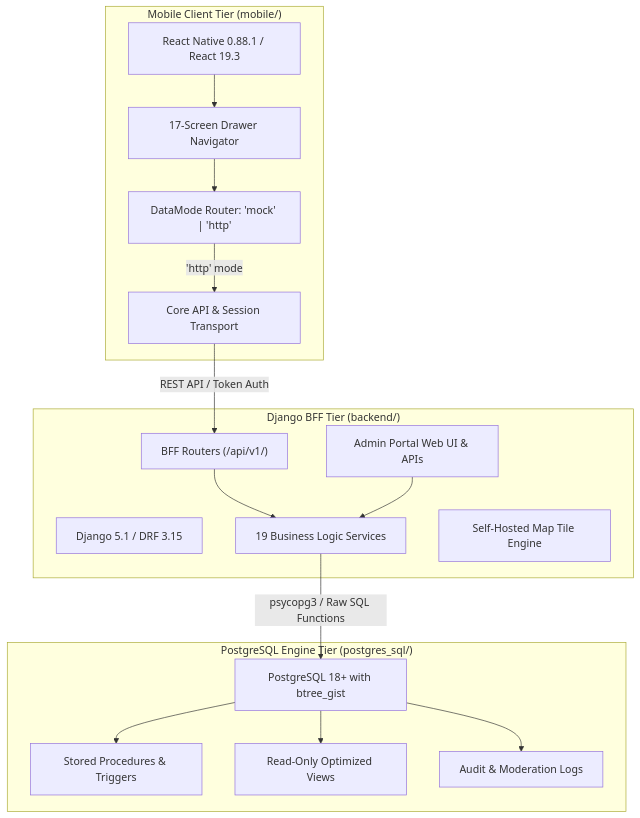
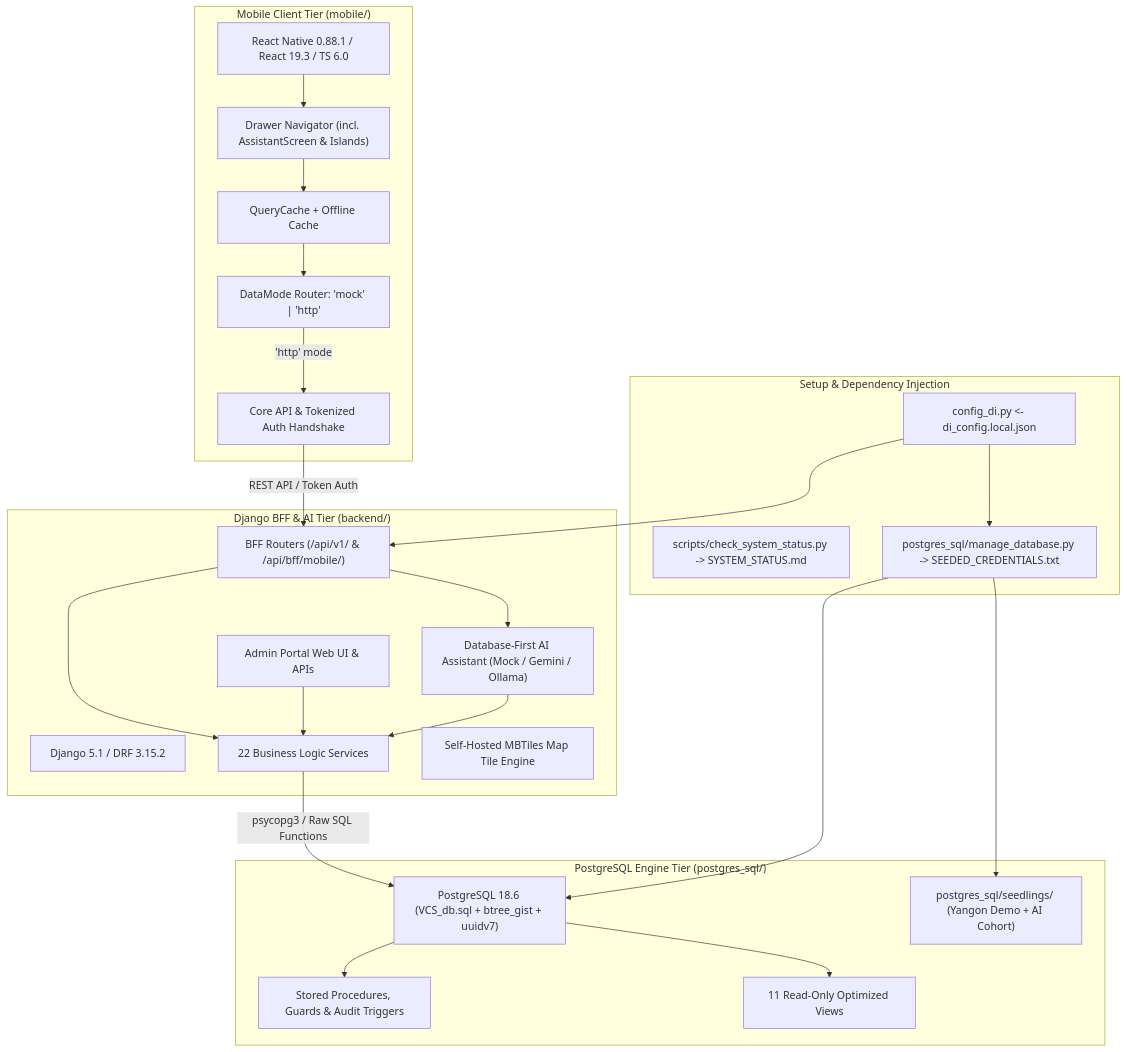
One commit to ThuraAung-Rayaar/Volunteer_Coordination_System changed the diagram in README.md. Above: the diagram before and after it, drawn with Mermaid. The commit also changed other lines of this file and 228 other files, not shown here.

Commit message:
Protoype VCS system

````diff
--- a/README.md
+++ b/README.md
@@ -13,35 +14,49 @@
 ```mermaid
 flowchart TD
-    subgraph ClientTier["Mobile Client Tier (mobile/)"]
-        RN["React Native 0.88.1 / React 19.3"]
-        NAV["17-Screen Drawer Navigator"]
-        DM["DataMode Router: 'mock' | 'http'"]
-        CORE["Core API & Session Transport"]
+    subgraph Bootstrap["Setup & Dependency Injection"]
+        STATUS["scripts/check_system_status.py -> SYSTEM_STATUS.md"]
+        DI["config_di.py <- di_config.local.json"]
+        DB_SETUP["postgres_sql/manage_database.py -> SEEDED_CREDENTIALS.txt"]
     end
 
-    subgraph BackendTier["Django BFF Tier (backend/)"]
-        DRF["Django 5.1 / DRF 3.15"]
-        BFF["BFF Routers (/api/v1/)"]
+    subgraph ClientTier["Mobile Client Tier (mobile/)"]
+        RN["React Native 0.88.1 / React 19.3 / TS 6.0"]
+        NAV["Drawer Navigator (incl. AssistantScreen & Islands)"]
+        CACHE["QueryCache + Offline Cache"]
+        DM["DataMode Router: 'mock' | 'http'"]
+        CORE["Core API & Tokenized Auth Handshake"]
+    end
+
+    subgraph BackendTier["Django BFF & AI Tier (backend/)"]
+        DRF["Django 5.1 / DRF 3.15.2"]
+        BFF["BFF Routers (/api/v1/ & /api/bff/mobile/)"]
+        AI["Database-First AI Assistant (Mock / Gemini / Ollama)"]
         ADM["Admin Portal Web UI & APIs"]
-        SRV["19 Business Logic Services"]
-        MAP_ENG["Self-Hosted Map Tile Engine"]
+        SRV["22 Business Logic Services"]
+        MAP_ENG["Self-Hosted MBTiles Map Tile Engine"]
     end
 
     subgraph DatabaseTier["PostgreSQL Engine Tier (postgres_sql/)"]
-        PG["PostgreSQL 18+ with btree_gist"]
-        TRIG["Stored Procedures & Triggers"]
-        VIEWS["Read-Only Optimized Views"]
-        AUDIT["Audit & Moderation Logs"]
+        PG["PostgreSQL 18.6 (VCS_db.sql + btree_gist + uuidv7)"]
+        SEED["postgres_sql/seedlings/ (Yangon Demo + AI Cohort)"]
+        TRIG["Stored Procedures, Guards & Audit Triggers"]
+        VIEWS["11 Read-Only Optimized Views"]
     end
 
+    DI --> BFF
+    DI --> DB_SETUP
     RN --> NAV
-    NAV --> DM
+    NAV --> CACHE
+    CACHE --> DM
     DM -->|'http' mode| CORE
     CORE -->|REST API / Token Auth| BFF
     BFF --> SRV
+    BFF --> AI
     ADM --> SRV
+    AI --> SRV
     SRV -->|psycopg3 / Raw SQL Functions| PG
+    DB_SETUP --> PG
+    DB_SETUP --> SEED
     PG --> TRIG
     PG --> VIEWS
-    PG --> AUDIT
 ```
````
